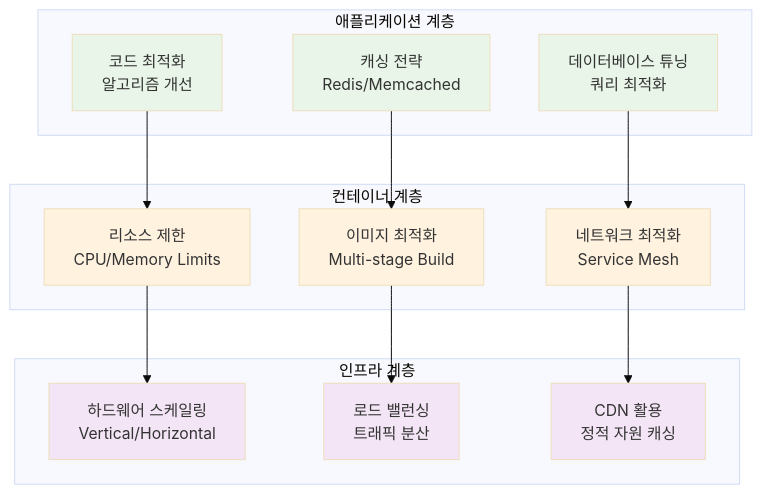
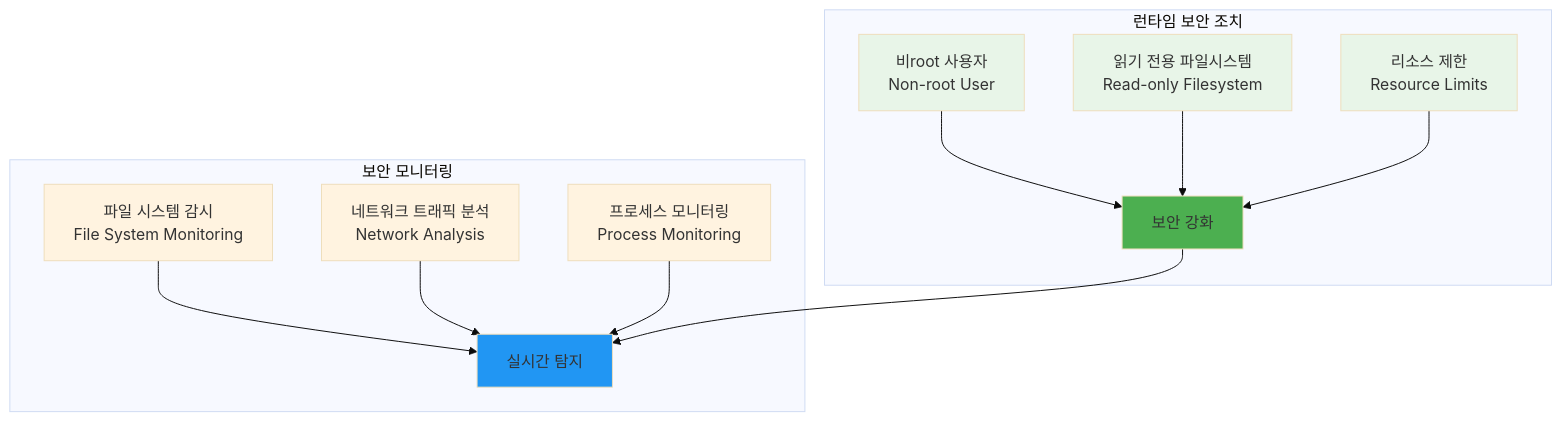
One commit to niceguy61/kdt_devops_lecture_2025 changed the fourth of 4 diagrams in theory/week_02/day3/session_1.md. Above: the diagram before and after it, drawn with Mermaid (base theme). The commit also changed other lines of this file and 68 other files, not shown here.

````diff
--- a/theory/week_02/day3/session_1.md
+++ b/theory/week_02/day3/session_1.md
@@ -173,34 +125,25 @@
 ```mermaid
 graph TB
-    subgraph "애플리케이션 계층"
-        A1[코드 최적화<br/>알고리즘 개선]
-        A2[캐싱 전략<br/>Redis/Memcached]
-        A3[데이터베이스 튜닝<br/>쿼리 최적화]
+    subgraph "런타임 보안 조치"
+        A[비root 사용자<br/>Non-root User] --> D[보안 강화]
+        B[읽기 전용 파일시스템<br/>Read-only Filesystem] --> D
+        C[리소스 제한<br/>Resource Limits] --> D
     end
     
-    subgraph "컨테이너 계층"
-        B1[리소스 제한<br/>CPU/Memory Limits]
-        B2[이미지 최적화<br/>Multi-stage Build]
-        B3[네트워크 최적화<br/>Service Mesh]
+    subgraph "보안 모니터링"
+        E[파일 시스템 감시<br/>File System Monitoring] --> F[실시간 탐지]
+        G[네트워크 트래픽 분석<br/>Network Analysis] --> F
+        H[프로세스 모니터링<br/>Process Monitoring] --> F
     end
     
-    subgraph "인프라 계층"
-        C1[하드웨어 스케일링<br/>Vertical/Horizontal]
-        C2[로드 밸런싱<br/>트래픽 분산]
-        C3[CDN 활용<br/>정적 자원 캐싱]
-    end
+    D --> F
     
-    A1 --> B1 --> C1
-    A2 --> B2 --> C2
-    A3 --> B3 --> C3
-    
-    style A1 fill:#e8f5e8
-    style A2 fill:#e8f5e8
-    style A3 fill:#e8f5e8
-    style B1 fill:#fff3e0
-    style B2 fill:#fff3e0
-    style B3 fill:#fff3e0
-    style C1 fill:#f3e5f5
-    style C2 fill:#f3e5f5
-    style C3 fill:#f3e5f5
+    style A fill:#e8f5e8
+    style B fill:#e8f5e8
+    style C fill:#e8f5e8
+    style D fill:#4caf50
+    style E fill:#fff3e0
+    style G fill:#fff3e0
+    style H fill:#fff3e0
+    style F fill:#2196f3
 ```
````
